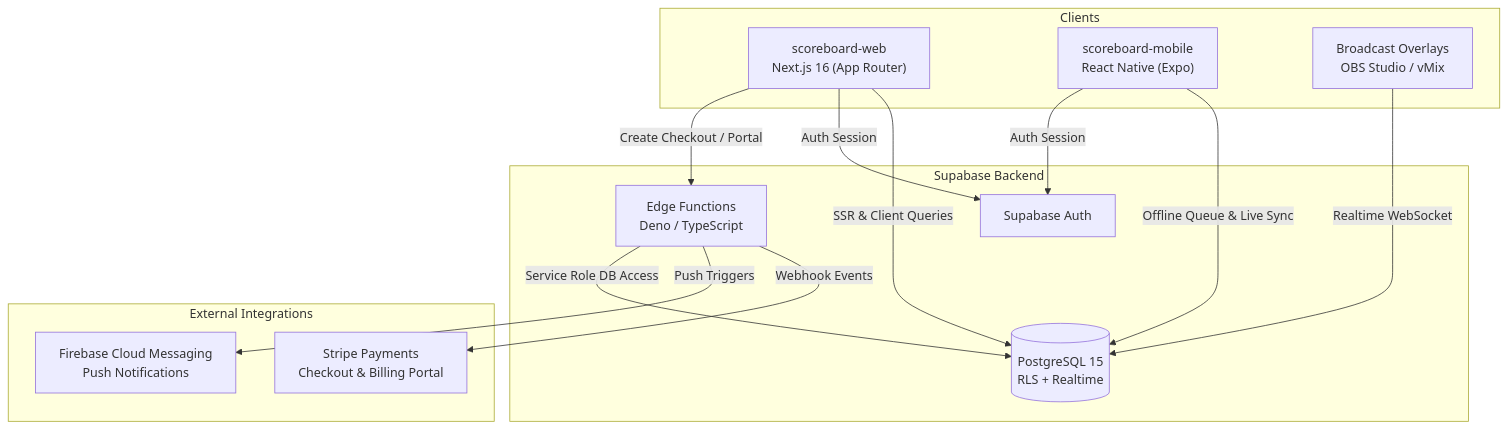
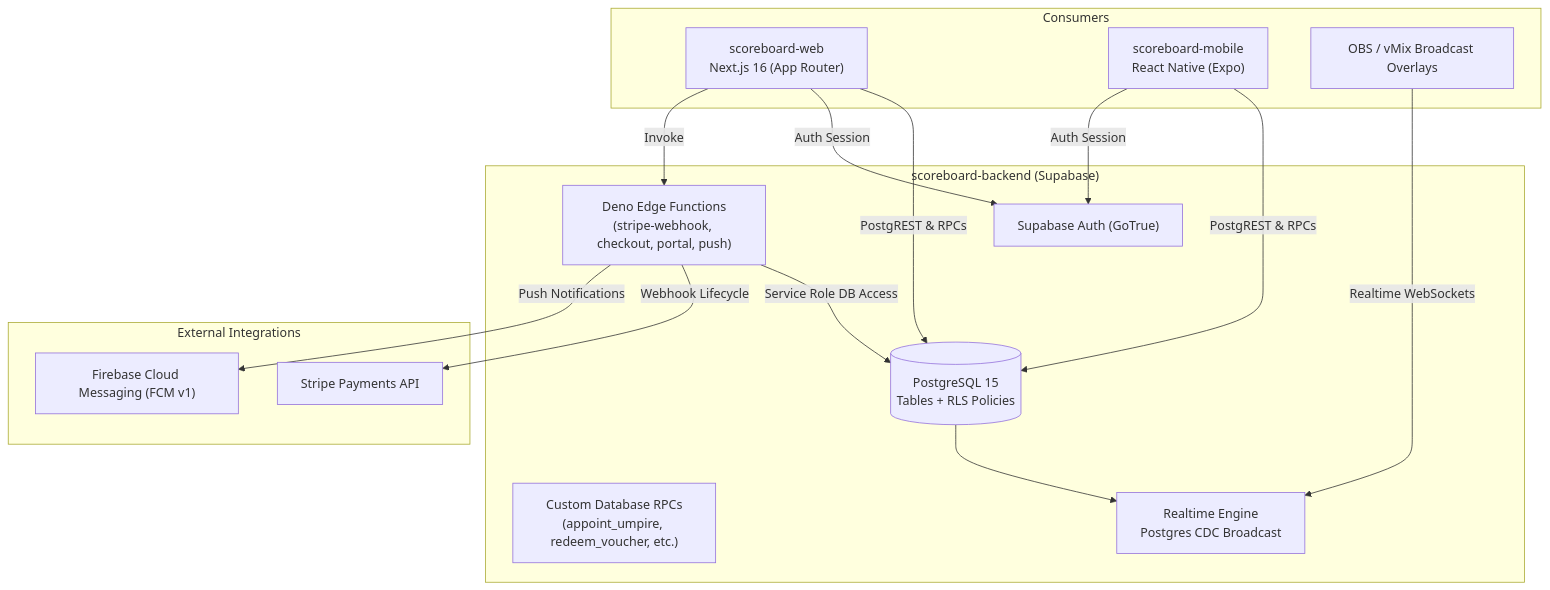
The diagram in docs/README.md (fortefolio/scoreboard-backend), drawn with Mermaid before and after one commit. The commit also changed other lines of this file and 9 other files, not shown here.

Commit message:
docs: scope living wiki and sync rules specifically to backend database and services

````diff
--- a/docs/README.md
+++ b/docs/README.md
@@ -5,30 +5,33 @@
 ```mermaid
 flowchart TD
-    subgraph Clients["Clients"]
+    subgraph Clients["Consumers"]
         Web["scoreboard-web<br/>Next.js 16 (App Router)"]
         Mobile["scoreboard-mobile<br/>React Native (Expo)"]
-        OBS["Broadcast Overlays<br/>OBS Studio / vMix"]
+        Overlays["OBS / vMix Broadcast Overlays"]
     end
 
-    subgraph Backend["Supabase Backend"]
-        DB[("PostgreSQL 15<br/>RLS + Realtime")]
-        Auth["Supabase Auth"]
-        Edge["Edge Functions<br/>Deno / TypeScript"]
+    subgraph Backend["scoreboard-backend (Supabase)"]
+        DB[("PostgreSQL 15<br/>Tables + RLS Policies")]
+        RPCs["Custom Database RPCs<br/>(appoint_umpire, redeem_voucher, etc.)"]
+        Realtime["Realtime Engine<br/>Postgres CDC Broadcast"]
+        Auth["Supabase Auth (GoTrue)"]
+        Edge["Deno Edge Functions<br/>(stripe-webhook, checkout, portal, push)"]
     end
 
     subgraph External["External Integrations"]
-        Stripe["Stripe Payments<br/>Checkout & Billing Portal"]
-        Firebase["Firebase Cloud Messaging<br/>Push Notifications"]
+        Stripe["Stripe Payments API"]
+        FCM["Firebase Cloud Messaging (FCM v1)"]
     end
 
-    Web -->|SSR & Client Queries| DB
+    Web -->|PostgREST & RPCs| DB
     Web -->|Auth Session| Auth
-    Web -->|Create Checkout / Portal| Edge
-    Mobile -->|Offline Queue & Live Sync| DB
+    Web -->|Invoke| Edge
+    Mobile -->|PostgREST & RPCs| DB
     Mobile -->|Auth Session| Auth
-    OBS -->|Realtime WebSocket| DB
+    Overlays -->|Realtime WebSockets| Realtime
+    DB --> Realtime
 
-    Edge -->|Webhook Events| Stripe
-    Edge -->|Push Triggers| Firebase
     Edge -->|Service Role DB Access| DB
+    Edge -->|Webhook Lifecycle| Stripe
+    Edge -->|Push Notifications| FCM
 ```
````
